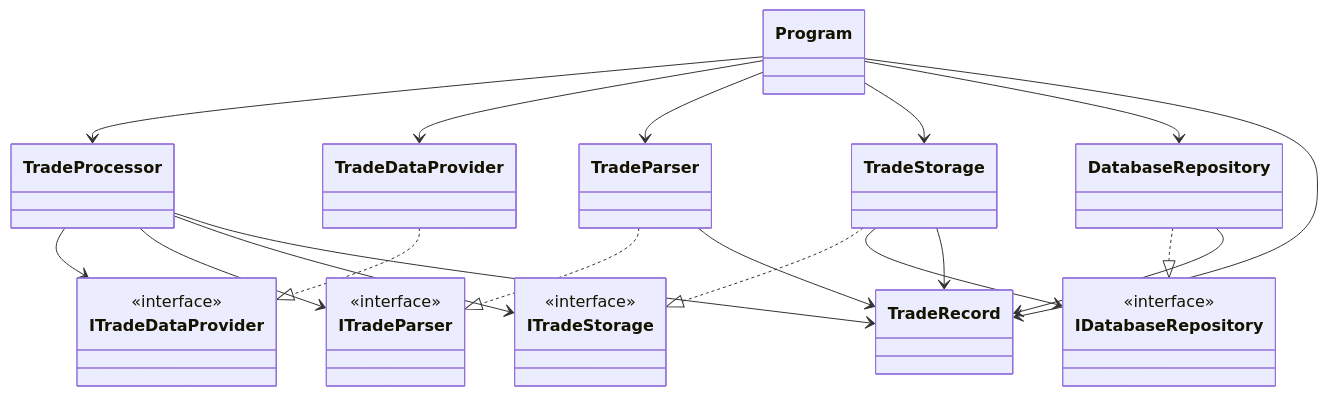
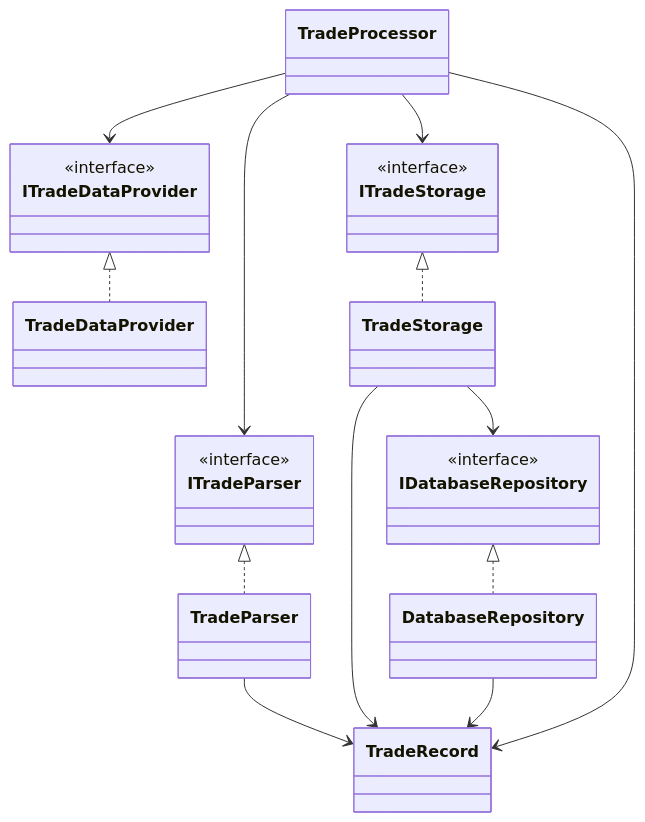
The diagram in solid-project-1/After.mmd (Shane-Wilson-class/solid-project-1), drawn with Mermaid before and after one commit. The commit also changed 1 other file, not shown here.

Commit message:
Refactor After.mmd and Before.mmd diagrams to improve clarity and structure, adding direction and updating class relationships for TradeProcessor and related classes.

```diff
--- a/solid-project-1/After.mmd
+++ b/solid-project-1/After.mmd
@@ -1,43 +1,36 @@
 classDiagram
+direction TB
 class ITradeDataProvider {
   <<interface>>
 }
 class ITradeParser {
   <<interface>>
 }
 class ITradeStorage {
   <<interface>>
 }
 class IDatabaseRepository {
   <<interface>>
 }
 
 class TradeDataProvider
 class TradeParser
 class TradeStorage
 class DatabaseRepository
 class TradeProcessor
 class TradeRecord
-class Program
 
-TradeDataProvider ..|> ITradeDataProvider
-TradeParser ..|> ITradeParser
-TradeStorage ..|> ITradeStorage
-DatabaseRepository ..|> IDatabaseRepository
+ITradeDataProvider <|.. TradeDataProvider
+ITradeParser <|.. TradeParser
+ITradeStorage <|.. TradeStorage
+IDatabaseRepository <|.. DatabaseRepository
 
 TradeProcessor --> ITradeDataProvider
 TradeProcessor --> ITradeParser
 TradeProcessor --> ITradeStorage
 TradeStorage --> IDatabaseRepository
 
 TradeParser --> TradeRecord
 TradeStorage --> TradeRecord
 DatabaseRepository --> TradeRecord
 TradeProcessor --> TradeRecord
-
-Program --> TradeProcessor
-Program --> TradeDataProvider
-Program --> TradeParser
-Program --> TradeStorage
-Program --> DatabaseRepository
-Program --> TradeRecord
```
